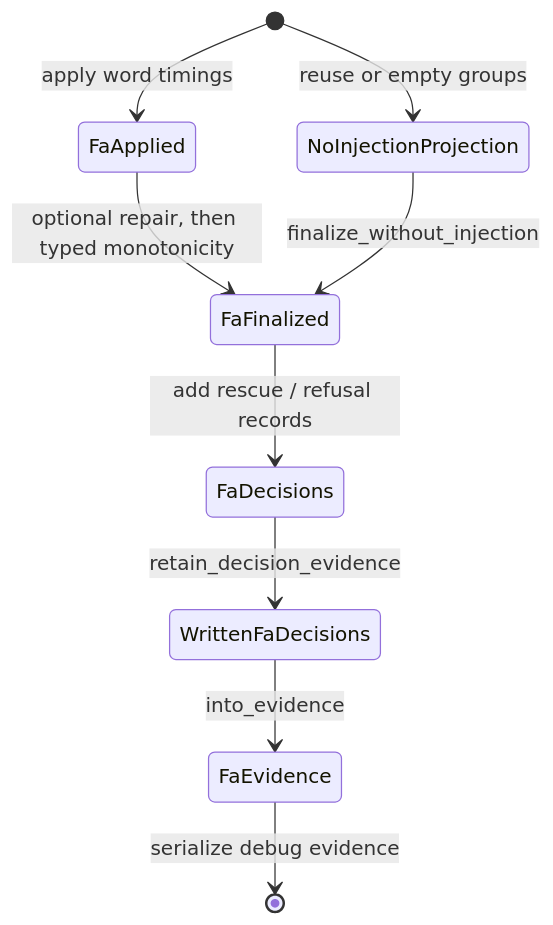
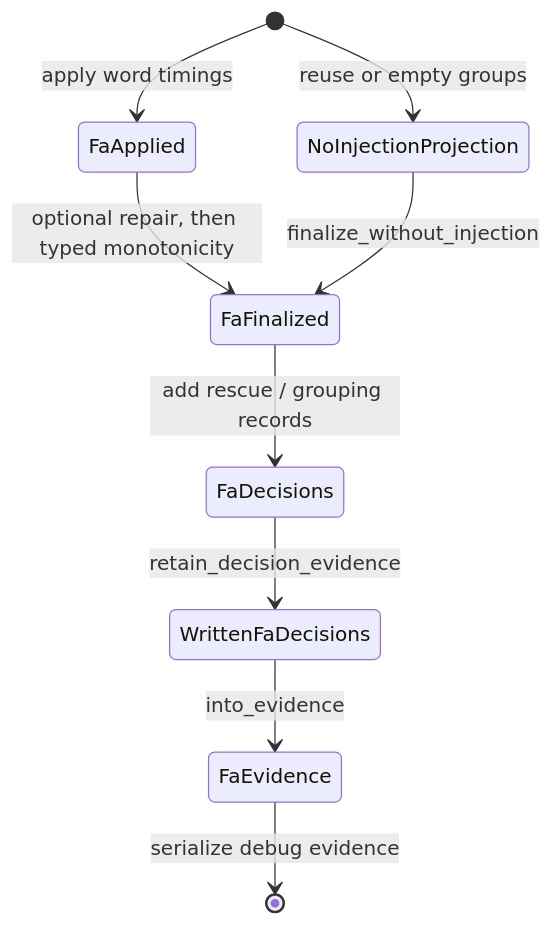
Before and after one commit to FranklinChen/talkbank-tools: the second of 2 diagrams in book/src/batchalign/developer/decision-provenance.md, drawn with Mermaid. The commit also changed other lines of this file and 33 other files, not shown here.

````diff
--- a/book/src/batchalign/developer/decision-provenance.md
+++ b/book/src/batchalign/developer/decision-provenance.md
@@ -69,11 +69,11 @@
 ```mermaid
 stateDiagram-v2
     [*] --> FaApplied: apply word timings
     [*] --> NoInjectionProjection: reuse or empty groups
     FaApplied --> FaFinalized: optional repair, then typed monotonicity
     NoInjectionProjection --> FaFinalized: finalize_without_injection
-    FaFinalized --> FaDecisions: add rescue / refusal records
+    FaFinalized --> FaDecisions: add rescue / grouping records
     FaDecisions --> WrittenFaDecisions: retain_decision_evidence
     WrittenFaDecisions --> FaEvidence: into_evidence
     FaEvidence --> [*]: serialize debug evidence
 ```
````
